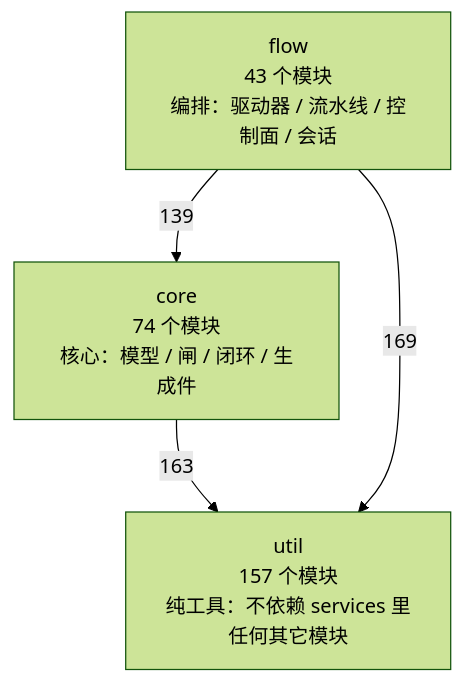
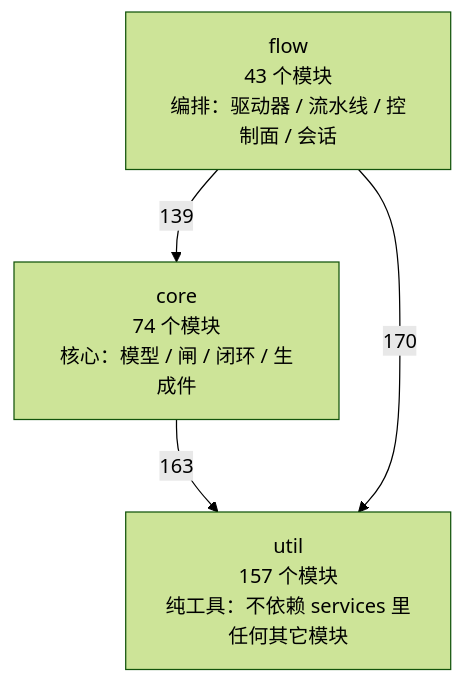
The first of 4 diagrams in docs/SlideRule V6.2 架构图（自动生成）.md (2686521696/WhyBuddy), drawn with Mermaid (forest theme) before and after one commit. The commit also changed other lines of this file and 14 other files, not shown here.

````diff
--- a/docs/SlideRule V6.2 架构图（自动生成）.md
+++ b/docs/SlideRule V6.2 架构图（自动生成）.md
@@ -50,9 +50,9 @@
 ```mermaid
 flowchart TB
   util["util<br/>157 个模块<br/>纯工具：不依赖 services 里任何其它模块"]
   core["core<br/>74 个模块<br/>核心：模型 / 闸 / 闭环 / 生成件"]
   flow["flow<br/>43 个模块<br/>编排：驱动器 / 流水线 / 控制面 / 会话"]
   core -->|163| util
   flow -->|139| core
-  flow -->|169| util
+  flow -->|170| util
 ```
````
